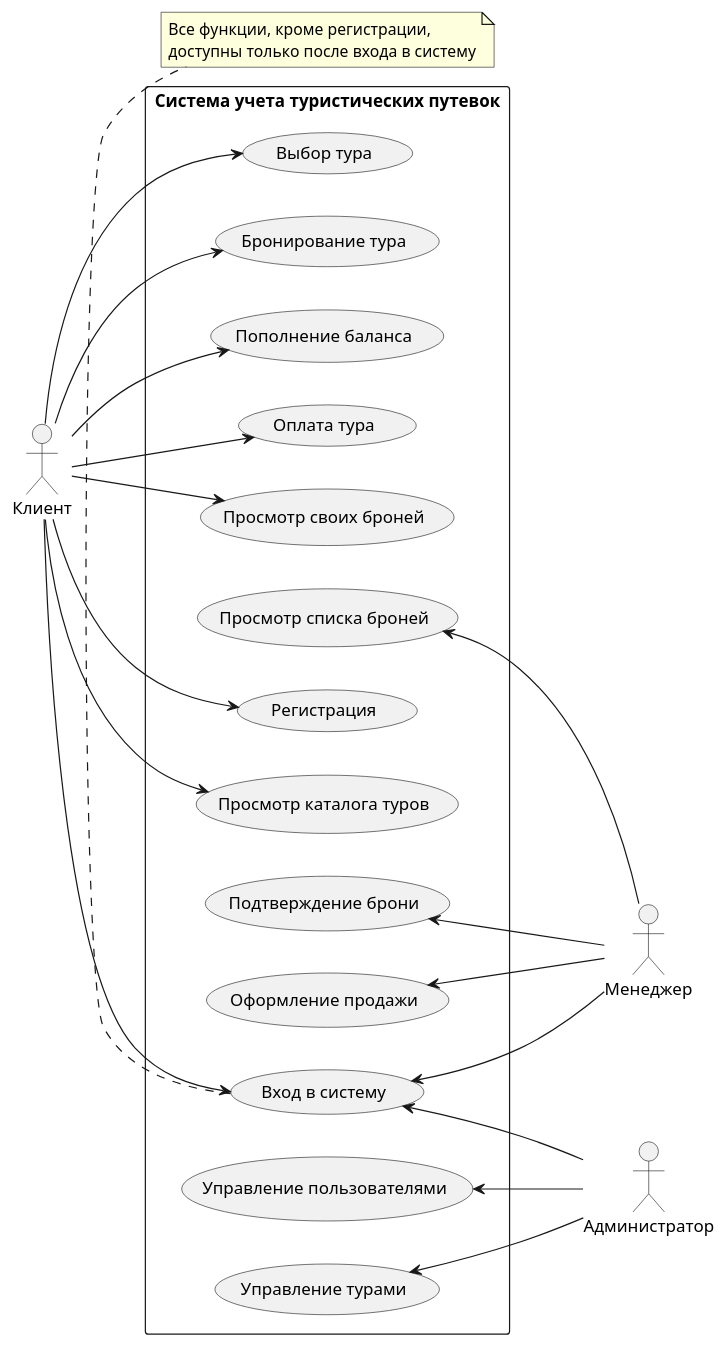
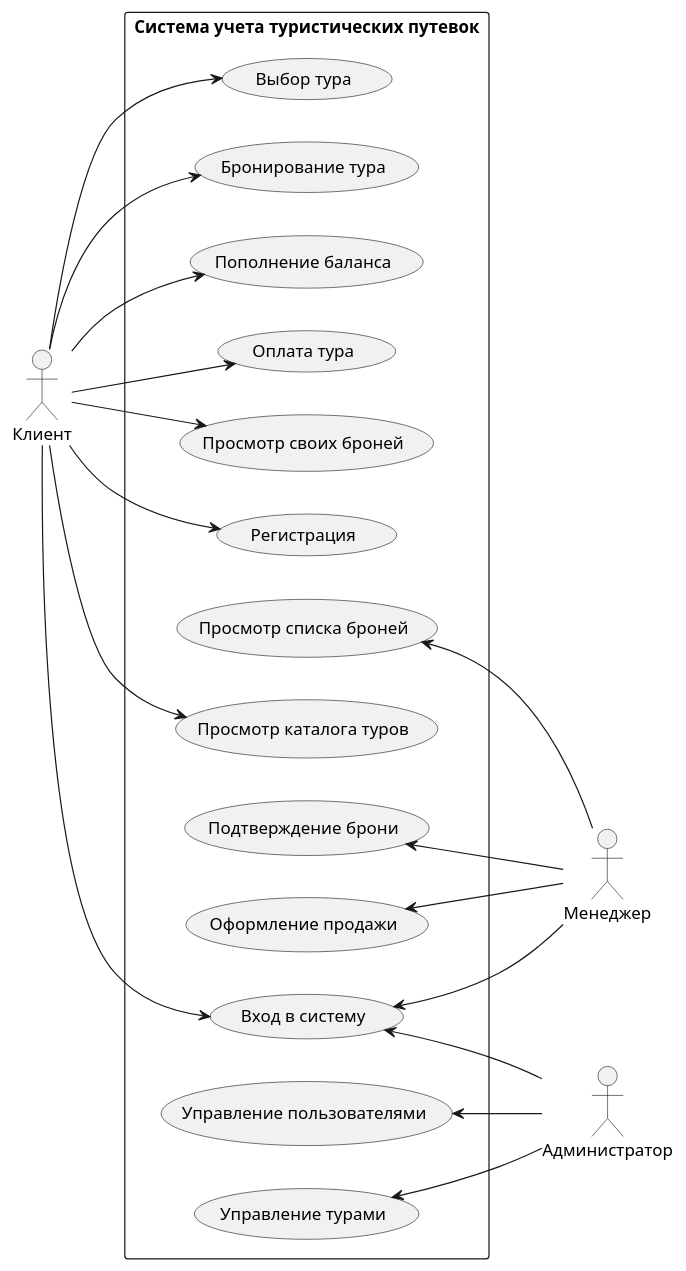
Before and after one commit to ego1sto666/accounting-for-travel-packages: the diagram in docs/diagrams/use_case.puml, drawn with PlantUML. The commit also changed 1 other file, not shown here.

Commit message:
Use case: убрана заметка о входе в систему

```diff
--- a/docs/diagrams/use_case.puml
+++ b/docs/diagrams/use_case.puml
@@ -1,52 +1,49 @@
 @startuml
 left to right direction
 skinparam packageStyle rectangle
 
 actor "Клиент" as Client
 actor "Менеджер" as Manager
 actor "Администратор" as Admin
 
 rectangle "Система учета туристических путевок" {
     usecase "Регистрация" as UC_Register
     usecase "Вход в систему" as UC_Login
 
     usecase "Просмотр каталога туров" as UC_Catalog
     usecase "Выбор тура" as UC_Choose
     usecase "Бронирование тура" as UC_Book
     usecase "Пополнение баланса" as UC_Balance
     usecase "Оплата тура" as UC_Pay
     usecase "Просмотр своих броней" as UC_MyBookings
 
     usecase "Подтверждение брони" as UC_Confirm
     usecase "Оформление продажи" as UC_Sale
     usecase "Просмотр списка броней" as UC_AllBookings
 
     usecase "Управление турами" as UC_Tours
     usecase "Управление пользователями" as UC_Users
 }
 
 ' Клиент (слева). Регистрация доступна без входа в систему
 Client --> UC_Register
 Client --> UC_Login
 Client --> UC_Catalog
 Client --> UC_Choose
 Client --> UC_Book
 Client --> UC_Balance
 Client --> UC_Pay
 Client --> UC_MyBookings
 
 ' Менеджер и администратор (справа)
 UC_Login <-- Manager
 UC_Confirm <-- Manager
 UC_Sale <-- Manager
 UC_AllBookings <-- Manager
 
 UC_Login <-- Admin
 UC_Tours <-- Admin
 UC_Users <-- Admin
 
-note bottom of UC_Login
-  Все функции, кроме регистрации,
-  доступны только после входа в систему
-end note
+
 @enduml
```
